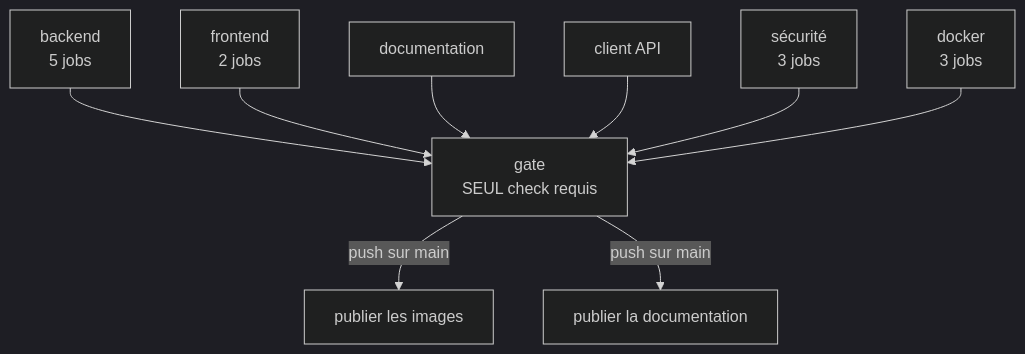
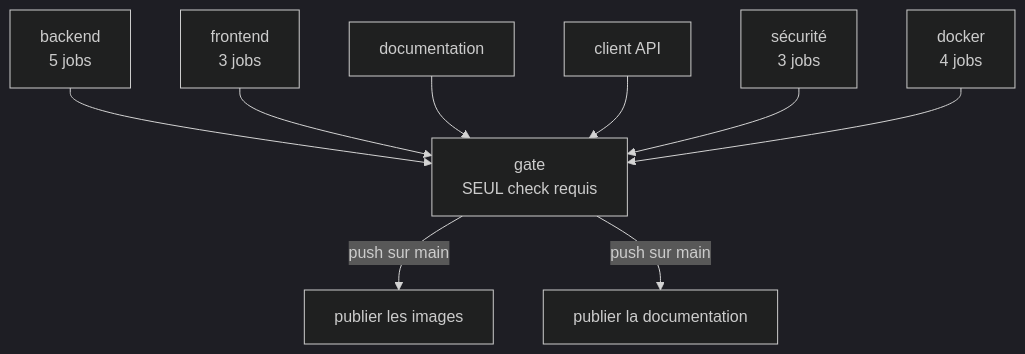
One commit to kederiku/VetLib changed the diagram in documentation/docs/exploitation/pipeline-ci.md. Above: the diagram before and after it, drawn with Mermaid (dark theme). The commit also changed other lines of this file and 36 other files, not shown here.

````diff
--- a/documentation/docs/exploitation/pipeline-ci.md
+++ b/documentation/docs/exploitation/pipeline-ci.md
@@ -15,20 +15,20 @@
 ```mermaid
 flowchart TD
   BE["backend<br/>5 jobs"]
-  FE["frontend<br/>2 jobs"]
+  FE["frontend<br/>3 jobs"]
   DOC["documentation"]
   API["client API"]
   SEC["sécurité<br/>3 jobs"]
-  DCK["docker<br/>3 jobs"]
+  DCK["docker<br/>4 jobs"]
 
   BE --> GATE
   FE --> GATE
   DOC --> GATE
   API --> GATE
   SEC --> GATE
   DCK --> GATE
 
   GATE["gate<br/>SEUL check requis"]
   GATE -->|"push sur main"| IMG["publier les images"]
   GATE -->|"push sur main"| PAGES["publier la documentation"]
 ```
````
